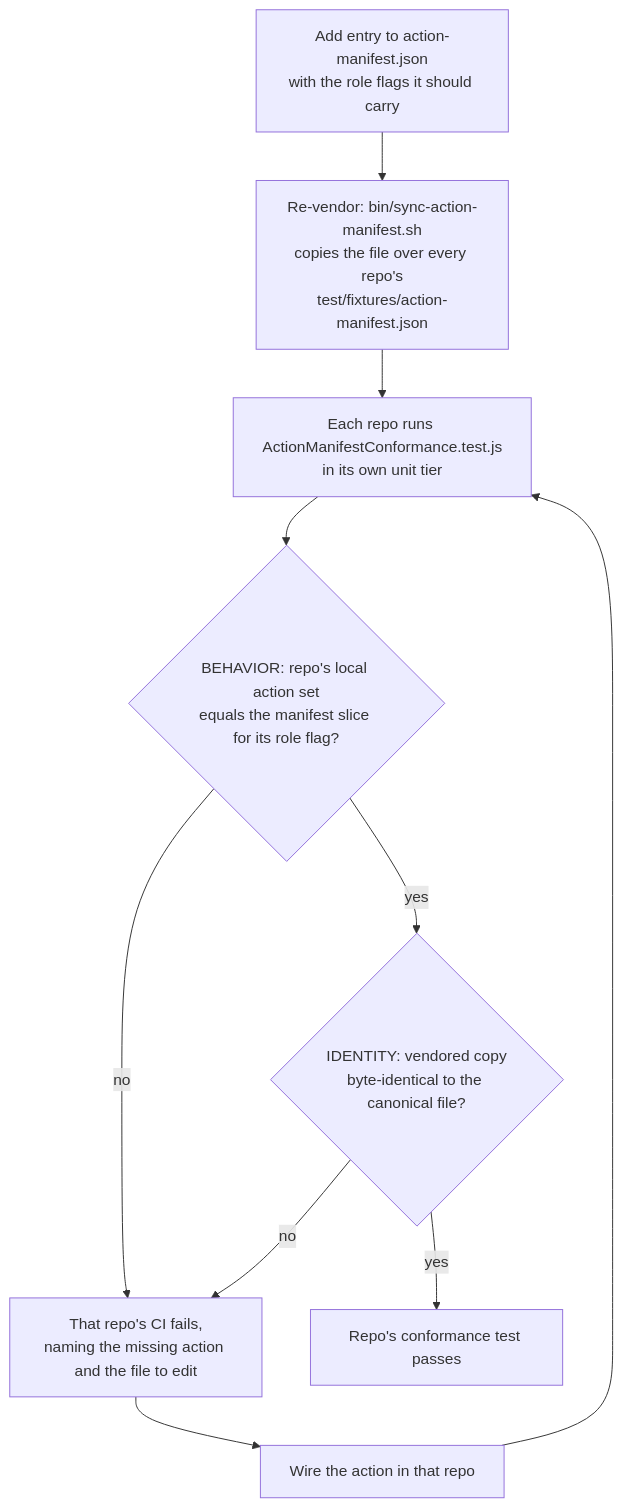
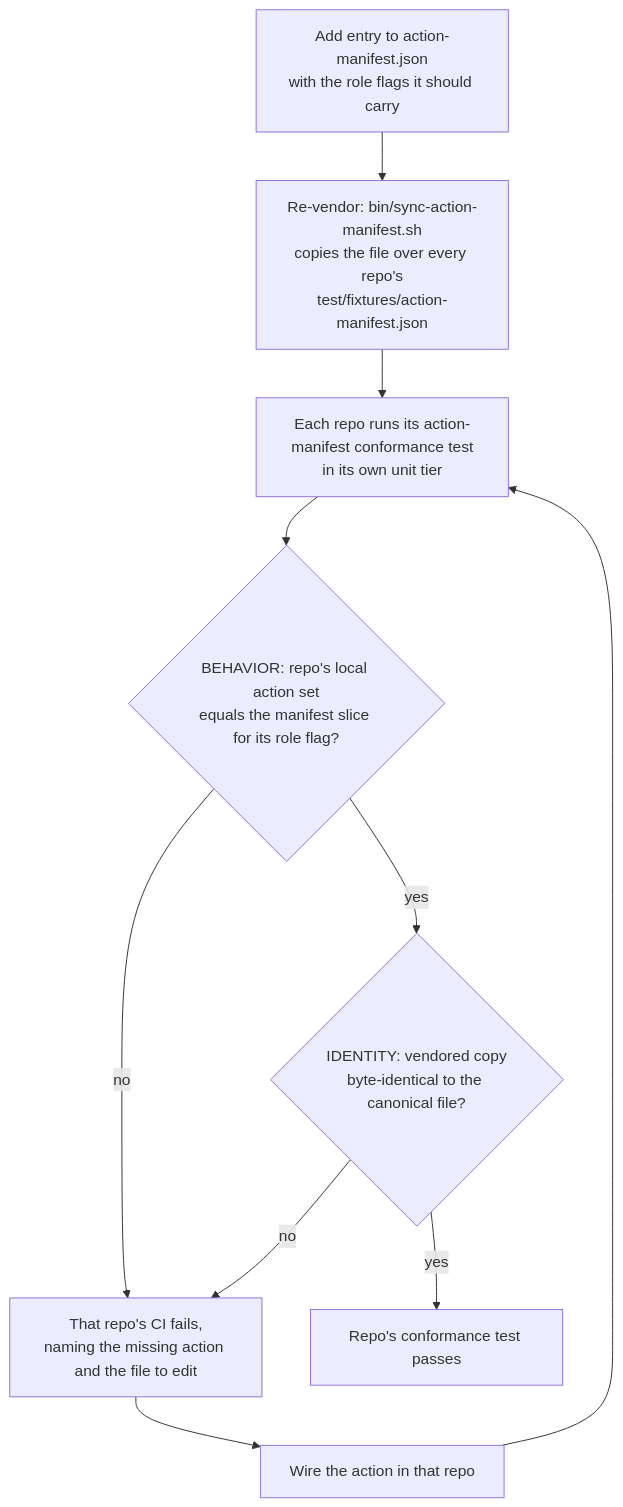
One commit to XChain-Platform/xchain-documentation changed the diagram in protocol/action-manifest.md. Above: the diagram before and after it, drawn with Mermaid. The commit also changed other lines of this file and 120 other files, not shown here.

````diff
--- a/protocol/action-manifest.md
+++ b/protocol/action-manifest.md
@@ -96,12 +100,12 @@
 ```mermaid
 flowchart TD
     Add["Add entry to action-manifest.json<br>with the role flags it should carry"] --> Vendor["Re-vendor: bin/sync-action-manifest.sh<br>copies the file over every repo's<br>test/fixtures/action-manifest.json"]
-    Vendor --> Test["Each repo runs ActionManifestConformance.test.js<br>in its own unit tier"]
+    Vendor --> Test["Each repo runs its action-manifest conformance test<br>in its own unit tier"]
     Test --> Behavior{"BEHAVIOR: repo's local action set<br>equals the manifest slice for its role flag?"}
     Behavior -->|"no"| Fail["That repo's CI fails,<br>naming the missing action and the file to edit"]
     Behavior -->|"yes"| Identity{"IDENTITY: vendored copy<br>byte-identical to the canonical file?"}
     Identity -->|"no"| Fail
     Identity -->|"yes"| Green["Repo's conformance test passes"]
     Fail --> Wire["Wire the action in that repo"]
     Wire --> Test
 ```
````
